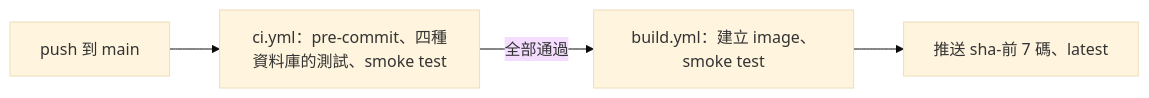
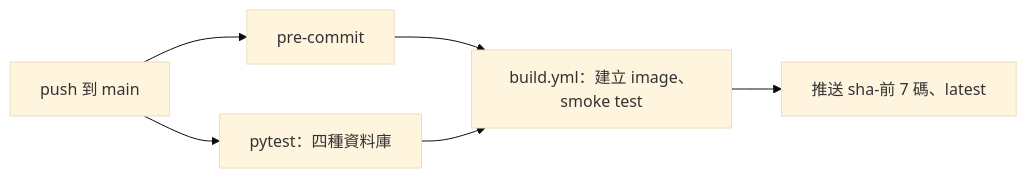
One commit to taiwanfrp/discord-bot changed the third of 3 diagrams in docs/tickets.md. Above: the diagram before and after it, drawn with Mermaid (base theme). The commit also changed other lines of this file and 5 other files, not shown here.

Commit message:
ci: build and push the docker image after lint and tests pass

````diff
--- a/docs/tickets.md
+++ b/docs/tickets.md
@@ -440,6 +440,6 @@
 ```mermaid
 flowchart LR
-    push[push 到 main] --> ci[ci.yml：pre-commit、四種資料庫的測試、smoke test]
-    ci -- 全部通過 --> build[build.yml：建立 image、smoke test]
+    push[push 到 main] --> lint[pre-commit] & test[pytest：四種資料庫]
+    lint & test --> build[build.yml：建立 image、smoke test]
     build --> ghcr[推送 sha-前 7 碼、latest]
 ```
````
